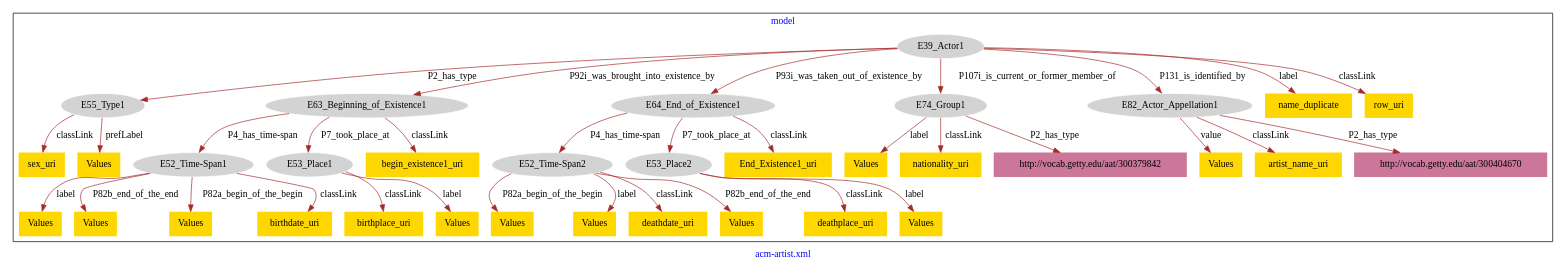
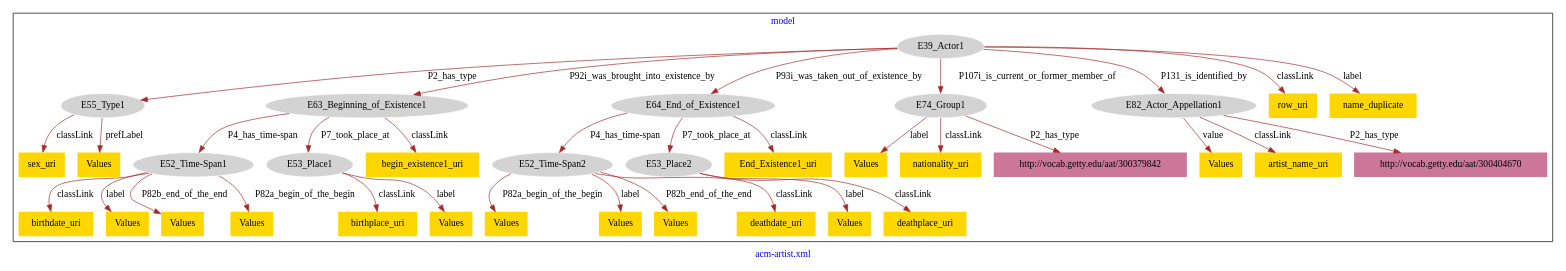
The diagram in acm-artist/acm-artist-model.dot (american-art/acm), drawn with Graphviz before and after one commit.

Commit message:
Update file acm-artist-model.dot

```diff
--- a/acm-artist/acm-artist-model.dot
+++ b/acm-artist/acm-artist-model.dot
@@ -1,75 +1,75 @@
 digraph n0 {
 fontcolor="blue"
 remincross="true"
 label="acm-artist.xml"
 subgraph cluster {
 label="model"
 n2[style="filled",color="white",fillcolor="lightgray",label="E39_Actor1"];
 n3[style="filled",color="white",fillcolor="lightgray",label="E55_Type1"];
 n4[style="filled",color="white",fillcolor="lightgray",label="E63_Beginning_of_Existence1"];
 n5[style="filled",color="white",fillcolor="lightgray",label="E64_End_of_Existence1"];
 n6[style="filled",color="white",fillcolor="lightgray",label="E74_Group1"];
 n7[style="filled",color="white",fillcolor="lightgray",label="E82_Actor_Appellation1"];
 n8[style="filled",color="white",fillcolor="lightgray",label="E52_Time-Span1"];
 n9[style="filled",color="white",fillcolor="lightgray",label="E53_Place1"];
 n10[style="filled",color="white",fillcolor="lightgray",label="E52_Time-Span2"];
 n11[style="filled",color="white",fillcolor="lightgray",label="E53_Place2"];
-n12[shape="plaintext",style="filled",fillcolor="gold",label="sex_uri"];
-n13[shape="plaintext",style="filled",fillcolor="gold",label="End_Existence1_uri"];
-n14[shape="plaintext",style="filled",fillcolor="gold",label="Values"];
-n15[shape="plaintext",style="filled",fillcolor="gold",label="birthplace_uri"];
+n12[shape="plaintext",style="filled",fillcolor="gold",label="birthplace_uri"];
+n13[shape="plaintext",style="filled",fillcolor="gold",label="Values"];
+n14[shape="plaintext",style="filled",fillcolor="gold",label="row_uri"];
+n15[shape="plaintext",style="filled",fillcolor="gold",label="Values"];
 n16[shape="plaintext",style="filled",fillcolor="gold",label="Values"];
-n17[shape="plaintext",style="filled",fillcolor="gold",label="Values"];
-n18[shape="plaintext",style="filled",fillcolor="gold",label="name_duplicate"];
-n19[shape="plaintext",style="filled",fillcolor="gold",label="Values"];
-n20[shape="plaintext",style="filled",fillcolor="gold",label="Values"];
-n21[shape="plaintext",style="filled",fillcolor="gold",label="deathplace_uri"];
-n22[shape="plaintext",style="filled",fillcolor="gold",label="deathdate_uri"];
+n17[shape="plaintext",style="filled",fillcolor="gold",label="birthdate_uri"];
+n18[shape="plaintext",style="filled",fillcolor="gold",label="Values"];
+n19[shape="plaintext",style="filled",fillcolor="gold",label="sex_uri"];
+n20[shape="plaintext",style="filled",fillcolor="gold",label="name_duplicate"];
+n21[shape="plaintext",style="filled",fillcolor="gold",label="Values"];
+n22[shape="plaintext",style="filled",fillcolor="gold",label="Values"];
 n23[shape="plaintext",style="filled",fillcolor="gold",label="Values"];
-n24[shape="plaintext",style="filled",fillcolor="gold",label="artist_name_uri"];
-n25[shape="plaintext",style="filled",fillcolor="gold",label="nationality_uri"];
-n26[shape="plaintext",style="filled",fillcolor="gold",label="Values"];
+n24[shape="plaintext",style="filled",fillcolor="gold",label="Values"];
+n25[shape="plaintext",style="filled",fillcolor="gold",label="Values"];
+n26[shape="plaintext",style="filled",fillcolor="gold",label="deathplace_uri"];
 n27[shape="plaintext",style="filled",fillcolor="gold",label="Values"];
-n28[shape="plaintext",style="filled",fillcolor="gold",label="row_uri"];
-n29[shape="plaintext",style="filled",fillcolor="gold",label="Values"];
-n30[shape="plaintext",style="filled",fillcolor="gold",label="Values"];
-n31[shape="plaintext",style="filled",fillcolor="gold",label="Values"];
-n32[shape="plaintext",style="filled",fillcolor="gold",label="birthdate_uri"];
-n33[shape="plaintext",style="filled",fillcolor="gold",label="begin_existence1_uri"];
+n28[shape="plaintext",style="filled",fillcolor="gold",label="Values"];
+n29[shape="plaintext",style="filled",fillcolor="gold",label="deathdate_uri"];
+n30[shape="plaintext",style="filled",fillcolor="gold",label="begin_existence1_uri"];
+n31[shape="plaintext",style="filled",fillcolor="gold",label="End_Existence1_uri"];
+n32[shape="plaintext",style="filled",fillcolor="gold",label="nationality_uri"];
+n33[shape="plaintext",style="filled",fillcolor="gold",label="artist_name_uri"];
 n34[shape="plaintext",style="filled",fillcolor="#CC7799",label="http://vocab.getty.edu/aat/300379842"];
 n35[shape="plaintext",style="filled",fillcolor="#CC7799",label="http://vocab.getty.edu/aat/300404670"];
 }
 n2 -> n3[color="brown",fontcolor="black",label="P2_has_type"]
 n2 -> n4[color="brown",fontcolor="black",label="P92i_was_brought_into_existence_by"]
 n2 -> n5[color="brown",fontcolor="black",label="P93i_was_taken_out_of_existence_by"]
 n2 -> n6[color="brown",fontcolor="black",label="P107i_is_current_or_former_member_of"]
 n2 -> n7[color="brown",fontcolor="black",label="P131_is_identified_by"]
 n4 -> n8[color="brown",fontcolor="black",label="P4_has_time-span"]
 n4 -> n9[color="brown",fontcolor="black",label="P7_took_place_at"]
 n5 -> n10[color="brown",fontcolor="black",label="P4_has_time-span"]
 n5 -> n11[color="brown",fontcolor="black",label="P7_took_place_at"]
-n3 -> n12[color="brown",fontcolor="black",label="classLink"]
-n5 -> n13[color="brown",fontcolor="black",label="classLink"]
-n10 -> n14[color="brown",fontcolor="black",label="P82a_begin_of_the_begin"]
-n9 -> n15[color="brown",fontcolor="black",label="classLink"]
-n7 -> n16[color="brown",fontcolor="black",label="value"]
-n10 -> n17[color="brown",fontcolor="black",label="label"]
-n2 -> n18[color="brown",fontcolor="black",label="label"]
-n8 -> n19[color="brown",fontcolor="black",label="label"]
-n6 -> n20[color="brown",fontcolor="black",label="label"]
-n11 -> n21[color="brown",fontcolor="black",label="classLink"]
-n10 -> n22[color="brown",fontcolor="black",label="classLink"]
+n9 -> n12[color="brown",fontcolor="black",label="classLink"]
+n10 -> n13[color="brown",fontcolor="black",label="P82a_begin_of_the_begin"]
+n2 -> n14[color="brown",fontcolor="black",label="classLink"]
+n7 -> n15[color="brown",fontcolor="black",label="value"]
+n10 -> n16[color="brown",fontcolor="black",label="label"]
+n8 -> n17[color="brown",fontcolor="black",label="classLink"]
+n8 -> n18[color="brown",fontcolor="black",label="label"]
+n3 -> n19[color="brown",fontcolor="black",label="classLink"]
+n2 -> n20[color="brown",fontcolor="black",label="label"]
+n3 -> n21[color="brown",fontcolor="black",label="prefLabel"]
+n6 -> n22[color="brown",fontcolor="black",label="label"]
 n10 -> n23[color="brown",fontcolor="black",label="P82b_end_of_the_end"]
-n7 -> n24[color="brown",fontcolor="black",label="classLink"]
-n6 -> n25[color="brown",fontcolor="black",label="classLink"]
-n3 -> n26[color="brown",fontcolor="black",label="prefLabel"]
-n8 -> n27[color="brown",fontcolor="black",label="P82b_end_of_the_end"]
-n2 -> n28[color="brown",fontcolor="black",label="classLink"]
-n11 -> n29[color="brown",fontcolor="black",label="label"]
-n8 -> n30[color="brown",fontcolor="black",label="P82a_begin_of_the_begin"]
-n9 -> n31[color="brown",fontcolor="black",label="label"]
-n8 -> n32[color="brown",fontcolor="black",label="classLink"]
-n4 -> n33[color="brown",fontcolor="black",label="classLink"]
+n11 -> n24[color="brown",fontcolor="black",label="label"]
+n8 -> n25[color="brown",fontcolor="black",label="P82b_end_of_the_end"]
+n11 -> n26[color="brown",fontcolor="black",label="classLink"]
+n8 -> n27[color="brown",fontcolor="black",label="P82a_begin_of_the_begin"]
+n9 -> n28[color="brown",fontcolor="black",label="label"]
+n10 -> n29[color="brown",fontcolor="black",label="classLink"]
+n4 -> n30[color="brown",fontcolor="black",label="classLink"]
+n5 -> n31[color="brown",fontcolor="black",label="classLink"]
+n6 -> n32[color="brown",fontcolor="black",label="classLink"]
+n7 -> n33[color="brown",fontcolor="black",label="classLink"]
 n6 -> n34[color="brown",fontcolor="black",label="P2_has_type"]
 n7 -> n35[color="brown",fontcolor="black",label="P2_has_type"]
 }
```
